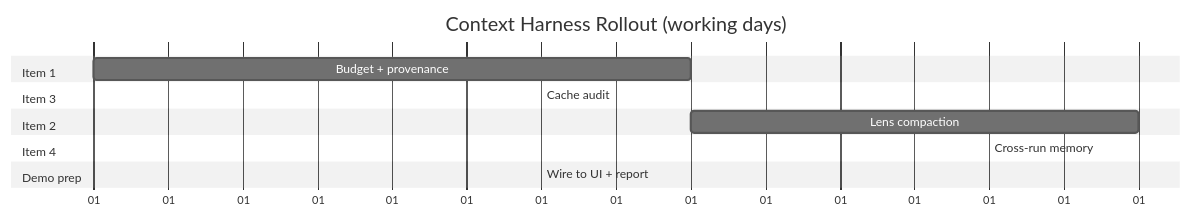
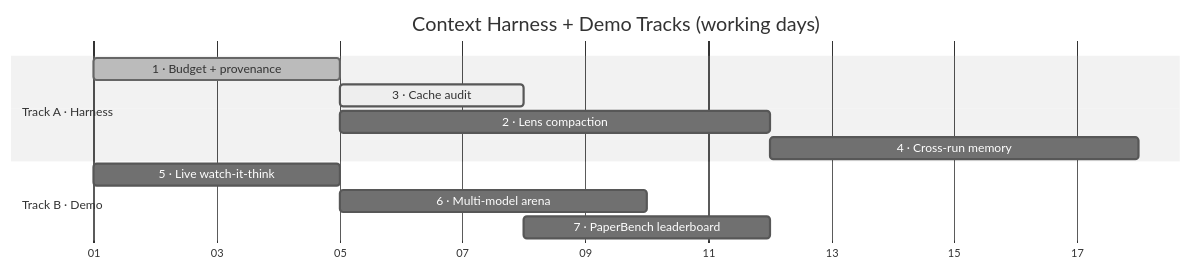
Before and after one commit to armaanamatya/openresearch: the fourth of 4 diagrams in docs/design/context-harness-plan.md, drawn with Mermaid (neutral theme). The commit also changed other lines of this file and 4 other files, not shown here.

First line of the commit message:
docs: add demo track + pre-rendered PNGs + Discord-ready post

````diff
--- a/docs/design/context-harness-plan.md
+++ b/docs/design/context-harness-plan.md
@@ -221,16 +324,15 @@
 ```mermaid
 gantt
-    title Context Harness Rollout (working days)
-    dateFormat X
+    title Context Harness + Demo Tracks (working days)
+    dateFormat YYYY-MM-DD
     axisFormat %d
-    section Item 1
-    Budget + provenance     :a1, 0, 4
-    section Item 3
-    Cache audit             :a3, after a1, 3
-    section Item 2
-    Lens compaction         :a2, after a1, 7
-    section Item 4
-    Cross-run memory        :a4, after a2, 6
-    section Demo prep
-    Wire to UI + report     :demo, after a4, 3
+    section Track A · Harness
+    1 · Budget + provenance     :done,    a1, 2026-06-01, 4d
+    3 · Cache audit             :active,  a3, after a1, 3d
+    2 · Lens compaction         :         a2, after a1, 7d
+    4 · Cross-run memory        :         a4, after a2, 6d
+    section Track B · Demo
+    5 · Live watch-it-think     :         b1, 2026-06-01, 4d
+    6 · Multi-model arena       :         b2, after b1, 5d
+    7 · PaperBench leaderboard  :         b3, after a3, 4d
 ```
````
